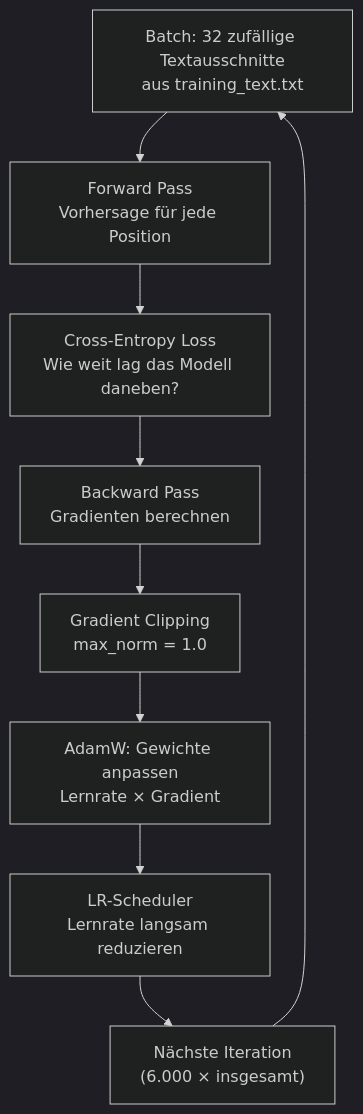
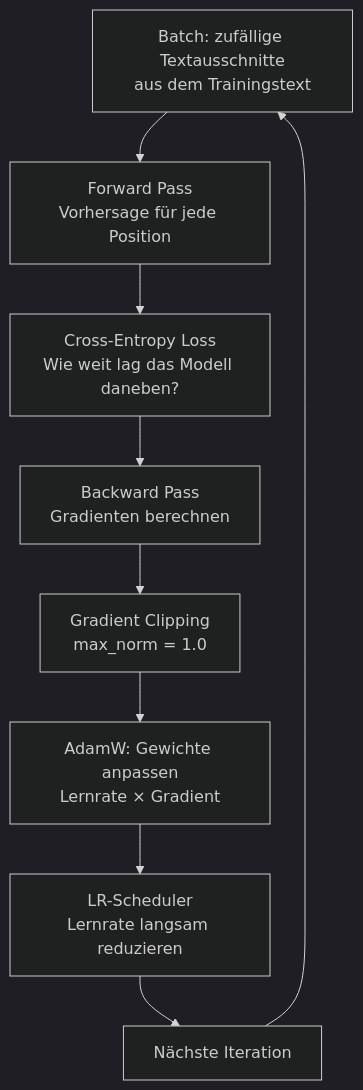
The sixth of 9 diagrams in docs/explainers/how-it-works.md (eidmanna/mini-llm-transformer), drawn with Mermaid (dark theme) before and after one commit. The commit also changed other lines of this file and 5 other files, not shown here.

````diff
--- a/docs/explainers/how-it-works.md
+++ b/docs/explainers/how-it-works.md
@@ -319,13 +319,13 @@
 ```mermaid
 flowchart TD
-    BATCH["Batch: 32 zufällige Textausschnitte\naus training_text.txt"]
+    BATCH["Batch: zufällige Textausschnitte\naus dem Trainingstext"]
     FWD["Forward Pass\nVorhersage für jede Position"]
     LOSS["Cross-Entropy Loss\nWie weit lag das Modell daneben?"]
     BWD["Backward Pass\nGradienten berechnen"]
     CLIP["Gradient Clipping\nmax_norm = 1.0"]
     OPT["AdamW: Gewichte anpassen\nLernrate × Gradient"]
     SCH["LR-Scheduler\nLernrate langsam reduzieren"]
-    NEXT["Nächste Iteration\n(6.000 × insgesamt)"]
+    NEXT["Nächste Iteration"]
 
     BATCH --> FWD --> LOSS --> BWD --> CLIP --> OPT --> SCH --> NEXT --> BATCH
 ```
````
